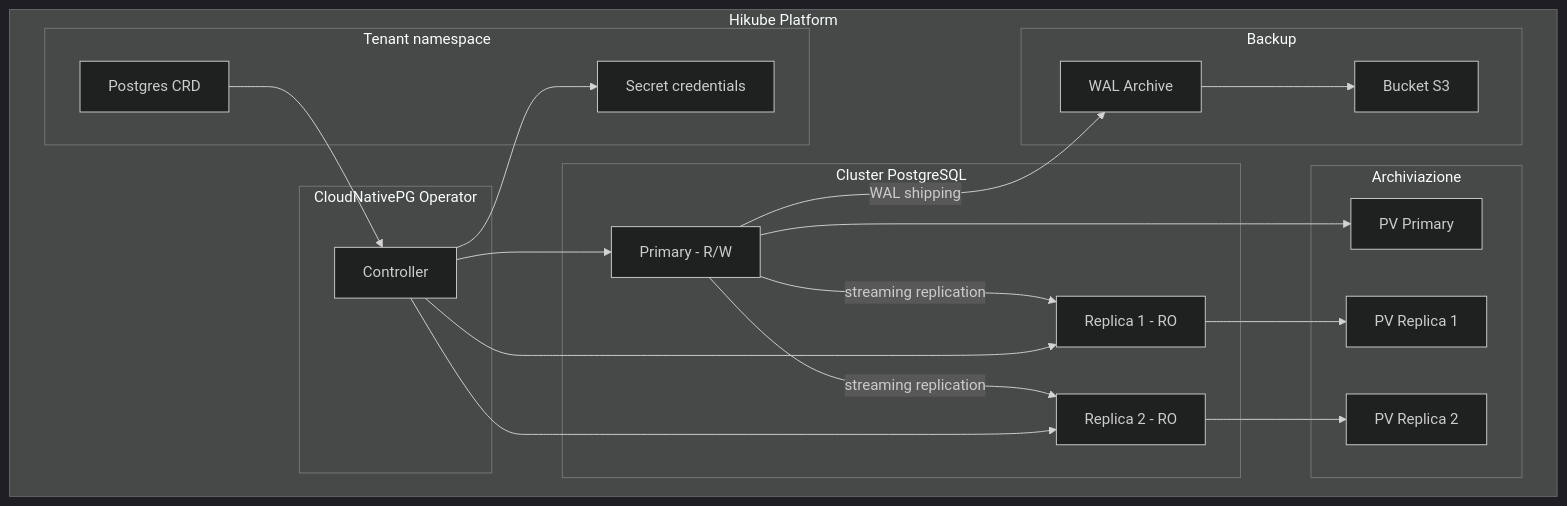
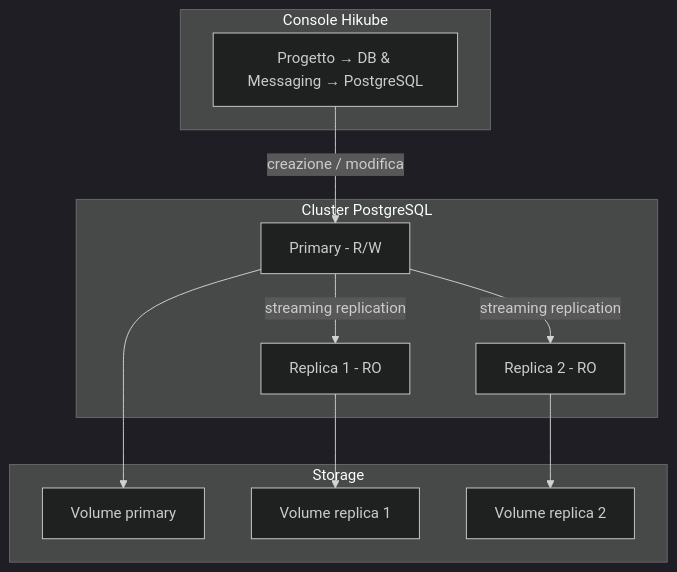
The first of 2 diagrams in i18n/it/docusaurus-plugin-content-docs/current/services/databases/postgresql/concepts.md (HidoraSwiss/hikube-public-doc), drawn with Mermaid (dark theme) before and after one commit. The commit also changed other lines of this file and 148 other files, not shown here.

````diff
--- a/i18n/it/docusaurus-plugin-content-docs/current/services/databases/postgresql/concepts.md
+++ b/i18n/it/docusaurus-plugin-content-docs/current/services/databases/postgresql/concepts.md
@@ -12,43 +12,25 @@
 ```mermaid
 graph TB
-    subgraph "Hikube Platform"
-        subgraph "Tenant namespace"
-            CR[Postgres CRD]
-            SEC[Secret credentials]
-        end
-
-        subgraph "CloudNativePG Operator"
-            OP[Controller]
-        end
-
-        subgraph "Cluster PostgreSQL"
-            P[Primary - R/W]
-            R1[Replica 1 - RO]
-            R2[Replica 2 - RO]
-        end
-
-        subgraph "Archiviazione"
-            PV1[PV Primary]
-            PV2[PV Replica 1]
-            PV3[PV Replica 2]
-        end
-
-        subgraph "Backup"
-            S3[Bucket S3]
-            WAL[WAL Archive]
-        end
+    subgraph "Console Hikube"
+        UI[Progetto → DB & Messaging → PostgreSQL]
     end
 
-    CR --> OP
-    OP --> P
-    OP --> R1
-    OP --> R2
+    subgraph "Cluster PostgreSQL"
+        P[Primary - R/W]
+        R1[Replica 1 - RO]
+        R2[Replica 2 - RO]
+    end
+
+    subgraph "Storage"
+        PV1[Volume primary]
+        PV2[Volume replica 1]
+        PV3[Volume replica 2]
+    end
+
+    UI -->|creazione / modifica| P
     P -->|streaming replication| R1
     P -->|streaming replication| R2
     P --> PV1
     R1 --> PV2
     R2 --> PV3
-    P -->|WAL shipping| WAL
-    WAL --> S3
-    OP --> SEC
 ```
````
